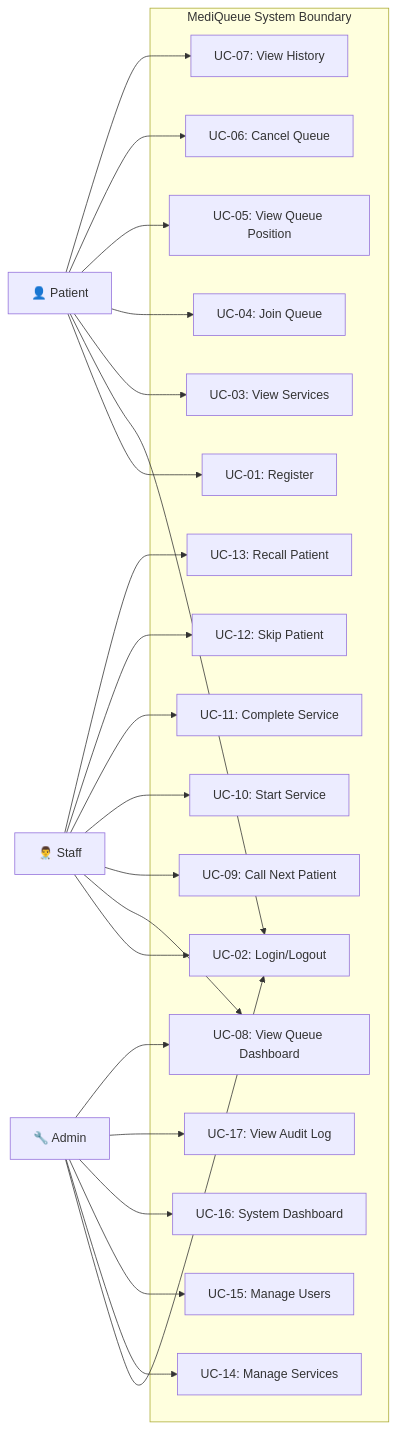
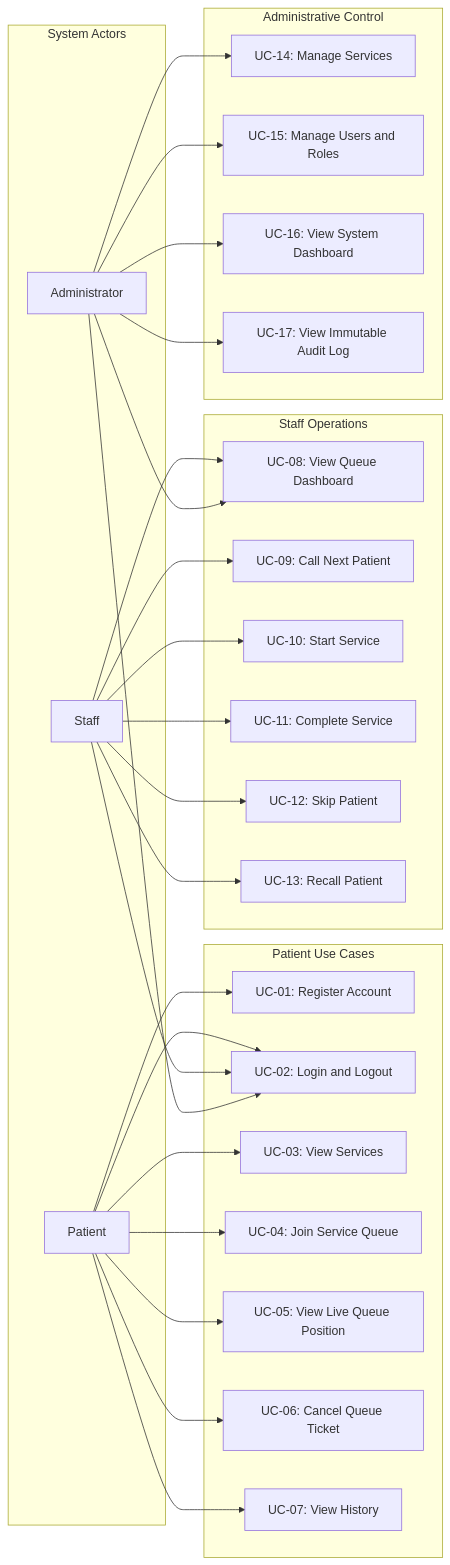
One commit to mhiskall282/MediQueue changed the second of 7 diagrams in docs/system-design.md. Above: the diagram before and after it, drawn with Mermaid. The commit also changed other lines of this file and 1 other file, not shown here.

Commit message:
docs: clean and standardize Mermaid diagrams; add comprehensive SmokeTest across all roles

````diff
--- a/docs/system-design.md
+++ b/docs/system-design.md
@@ -54,49 +52,57 @@
 ```mermaid
-graph LR
-    subgraph System["MediQueue System Boundary"]
-        UC1["UC-01: Register"]
-        UC2["UC-02: Login/Logout"]
+flowchart LR
+    subgraph Users["System Actors"]
+        PAT["Patient"]
+        STF["Staff"]
+        ADM["Administrator"]
+    end
+
+    subgraph PatientCases["Patient Use Cases"]
+        UC1["UC-01: Register Account"]
+        UC2["UC-02: Login and Logout"]
         UC3["UC-03: View Services"]
-        UC4["UC-04: Join Queue"]
-        UC5["UC-05: View Queue Position"]
-        UC6["UC-06: Cancel Queue"]
+        UC4["UC-04: Join Service Queue"]
+        UC5["UC-05: View Live Queue Position"]
+        UC6["UC-06: Cancel Queue Ticket"]
         UC7["UC-07: View History"]
+    end
+
+    subgraph StaffCases["Staff Operations"]
         UC8["UC-08: View Queue Dashboard"]
         UC9["UC-09: Call Next Patient"]
         UC10["UC-10: Start Service"]
         UC11["UC-11: Complete Service"]
         UC12["UC-12: Skip Patient"]
         UC13["UC-13: Recall Patient"]
-        UC14["UC-14: Manage Services"]
-        UC15["UC-15: Manage Users"]
-        UC16["UC-16: System Dashboard"]
-        UC17["UC-17: View Audit Log"]
     end
 
-    PAT["👤 Patient"]
-    STF["👨‍⚕️ Staff"]
-    ADM["🔧 Admin"]
+    subgraph AdminCases["Administrative Control"]
+        UC14["UC-14: Manage Services"]
+        UC15["UC-15: Manage Users and Roles"]
+        UC16["UC-16: View System Dashboard"]
+        UC17["UC-17: View Immutable Audit Log"]
+    end
 
     PAT --> UC1
     PAT --> UC2
     PAT --> UC3
     PAT --> UC4
     PAT --> UC5
     PAT --> UC6
     PAT --> UC7
 
     STF --> UC2
     STF --> UC8
     STF --> UC9
     STF --> UC10
     STF --> UC11
     STF --> UC12
     STF --> UC13
 
     ADM --> UC2
     ADM --> UC14
     ADM --> UC15
     ADM --> UC16
     ADM --> UC17
     ADM --> UC8
 ```
````
